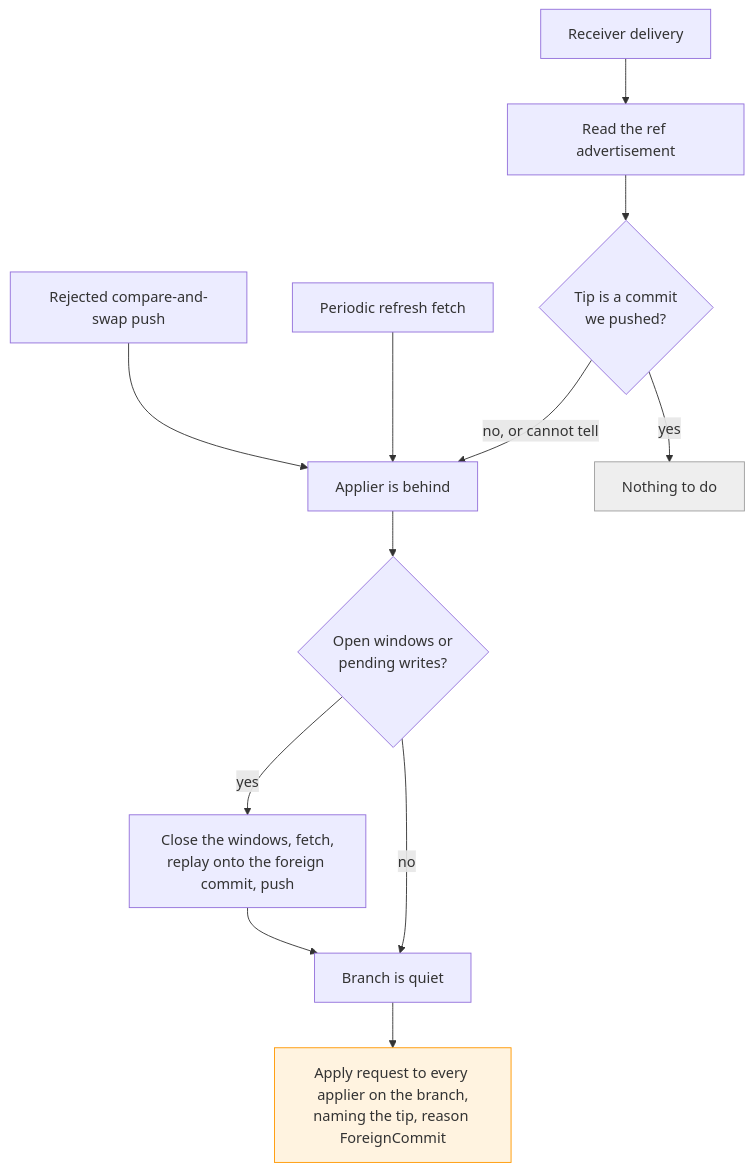
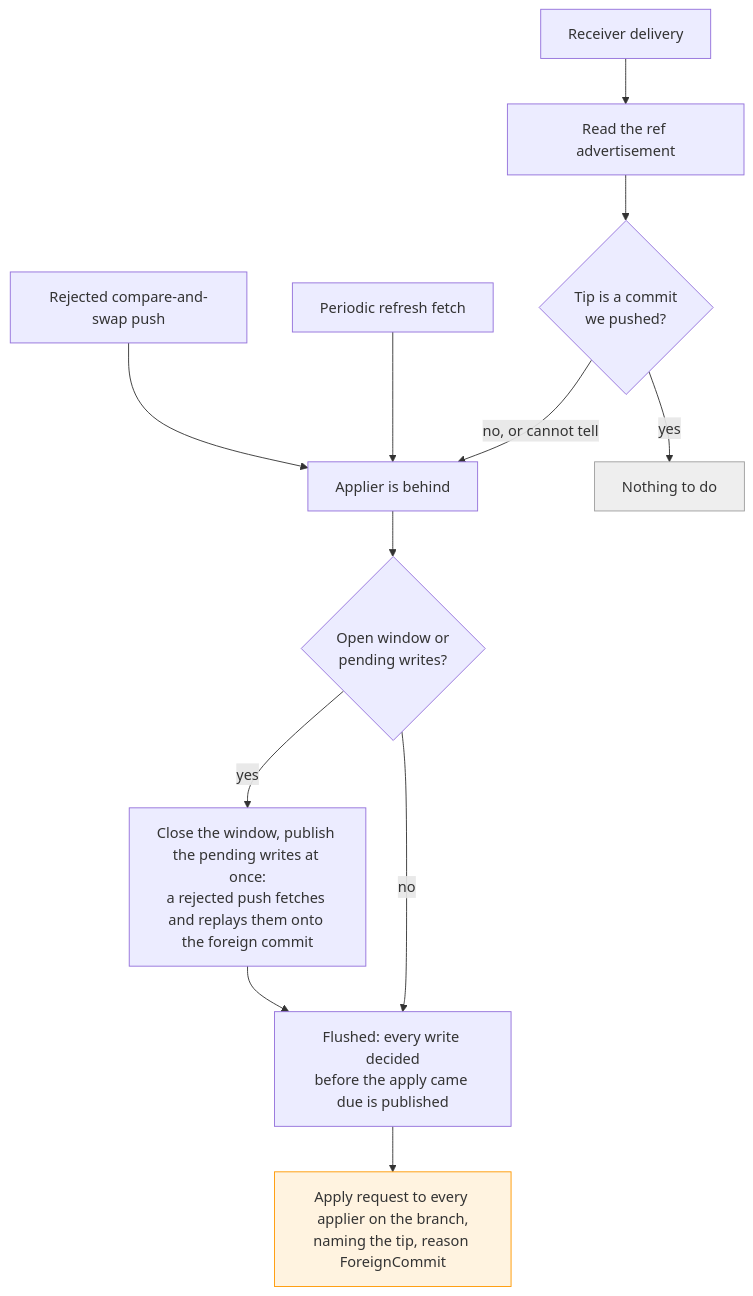
The fifth of 6 diagrams in docs/architecture.md (ConfigButler/gitops-reverser), drawn with Mermaid before and after one commit. The commit also changed other lines of this file and 22 other files, not shown here.

First line of the commit message:
docs: describe flush-then-apply, applier echoes, adopt and converge

````diff
--- a/docs/architecture.md
+++ b/docs/architecture.md
@@ -663,17 +670,17 @@
 ```mermaid
 flowchart TD
     HINT["Receiver delivery"] --> ADV["Read the ref advertisement"]
     REJECT["Rejected compare-and-swap push"] --> SEEN
     REFRESH["Periodic refresh fetch"] --> SEEN
     ADV --> OURS{"Tip is a commit<br/>we pushed?"}
     OURS -->|yes| DROP["Nothing to do"]
     OURS -->|"no, or cannot tell"| SEEN["Applier is behind"]
-    SEEN --> PENDING{"Open windows or<br/>pending writes?"}
-    PENDING -->|yes| FLUSH["Close the windows, fetch,<br/>replay onto the foreign commit, push"]
-    FLUSH --> QUIET
-    PENDING -->|no| QUIET["Branch is quiet"]
-    QUIET --> REQ["Apply request to every applier on the branch,<br/>naming the tip, reason ForeignCommit"]
+    SEEN --> PENDING{"Open window or<br/>pending writes?"}
+    PENDING -->|yes| FLUSH["Close the window, publish the pending writes at once:<br/>a rejected push fetches and replays them onto the foreign commit"]
+    FLUSH --> FLUSHED
+    PENDING -->|no| FLUSHED["Flushed: every write decided<br/>before the apply came due is published"]
+    FLUSHED --> REQ["Apply request to every applier on the branch,<br/>naming the tip, reason ForeignCommit"]
 
     style DROP fill:#eeeeee,stroke:#9e9e9e
     style REQ fill:#fff3e0,stroke:#ff9800
 ```
````
